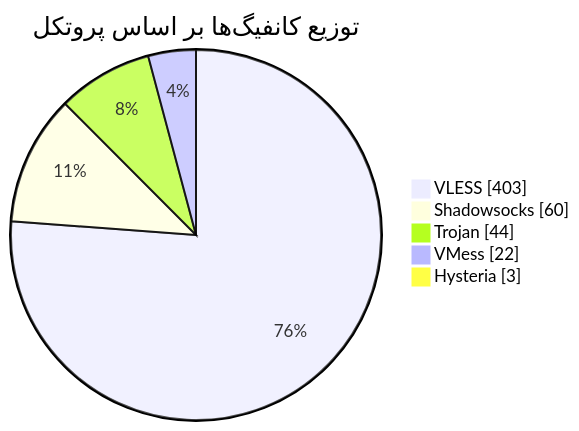
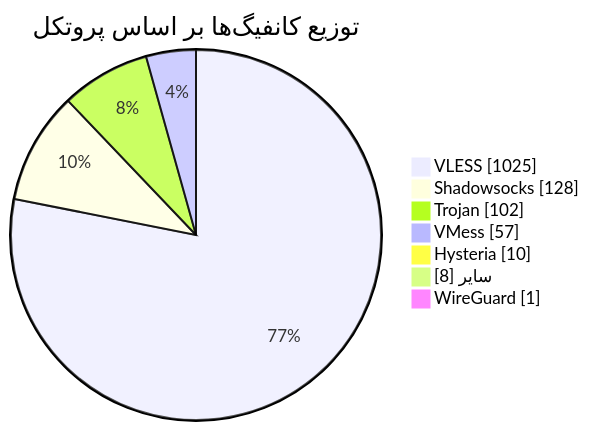
Before and after one commit to Arian-Alijani/Somthing: the diagram in README.md, drawn with Mermaid. The commit also changed other lines of this file and 117 other files, not shown here.

````diff
--- a/README.md
+++ b/README.md
@@ -47,9 +49,11 @@
 ```mermaid
 pie showData
     title توزیع کانفیگ‌ها بر اساس پروتکل
-    "VLESS" : 403
-    "Shadowsocks" : 60
-    "Trojan" : 44
-    "VMess" : 22
-    "Hysteria" : 3
+    "VLESS" : 1025
+    "Shadowsocks" : 128
+    "Trojan" : 102
+    "VMess" : 57
+    "Hysteria" : 10
+    "سایر" : 8
+    "WireGuard" : 1
 ```
````
